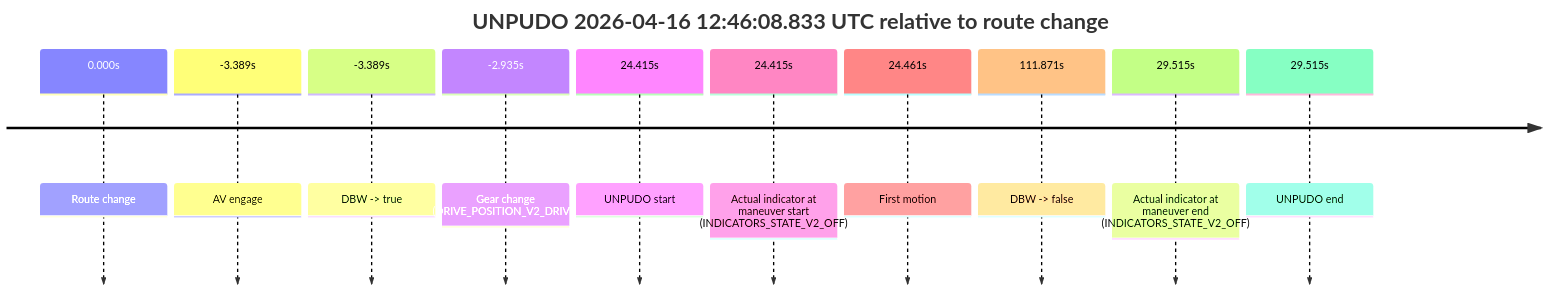
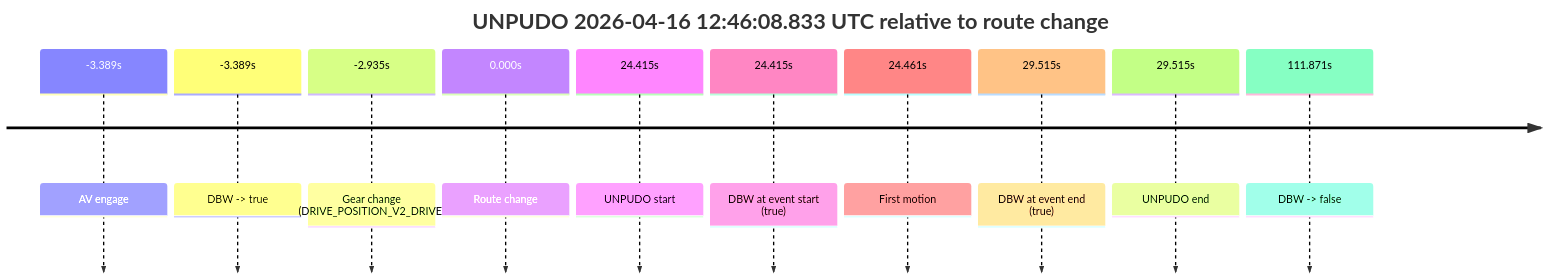
One commit to yoelshapiro/vault changed the first of 4 diagrams in model_analysis/report_cards/2026/04/Week-3/fme20009--2026-04-16--12-35-12--gen2-av-b61aff24-57ea-46f1-b166-ea73856ef968.md. Above: the diagram before and after it, drawn with Mermaid. The commit also changed other lines of this file and 32 other files, not shown here.

````diff
--- a/model_analysis/report_cards/2026/04/Week-3/fme20009--2026-04-16--12-35-12--gen2-av-b61aff24-57ea-46f1-b166-ea73856ef968.md
+++ b/model_analysis/report_cards/2026/04/Week-3/fme20009--2026-04-16--12-35-12--gen2-av-b61aff24-57ea-46f1-b166-ea73856ef968.md
@@ -43,14 +43,14 @@
 ```mermaid
 timeline
     title UNPUDO 2026-04-16 12:46:08.833 UTC relative to route change
-    0.000s : Route change
     -3.389s : AV engage
     -3.389s : DBW -> true
     -2.935s : Gear change (DRIVE_POSITION_V2_DRIVE)
+    0.000s : Route change
     24.415s : UNPUDO start
-    24.415s : Actual indicator at maneuver start (INDICATORS_STATE_V2_OFF)
+    24.415s : DBW at event start (true)
     24.461s : First motion
+    29.515s : DBW at event end (true)
+    29.515s : UNPUDO end
     111.871s : DBW -> false
-    29.515s : Actual indicator at maneuver end (INDICATORS_STATE_V2_OFF)
-    29.515s : UNPUDO end
 ```
````
